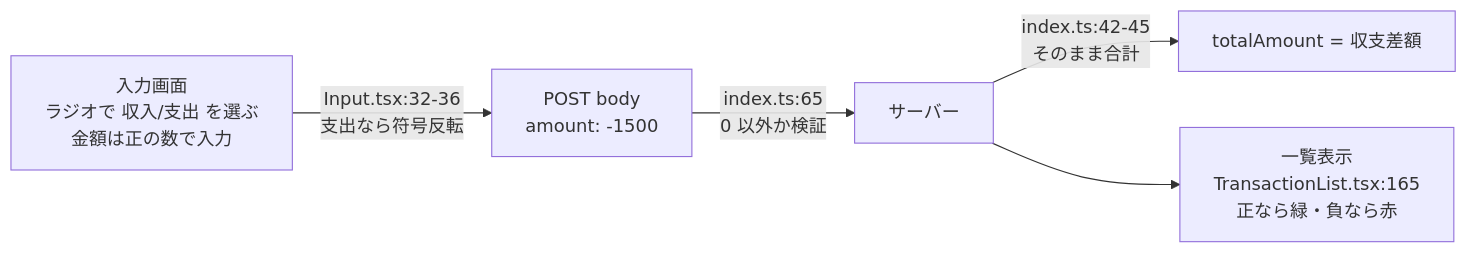
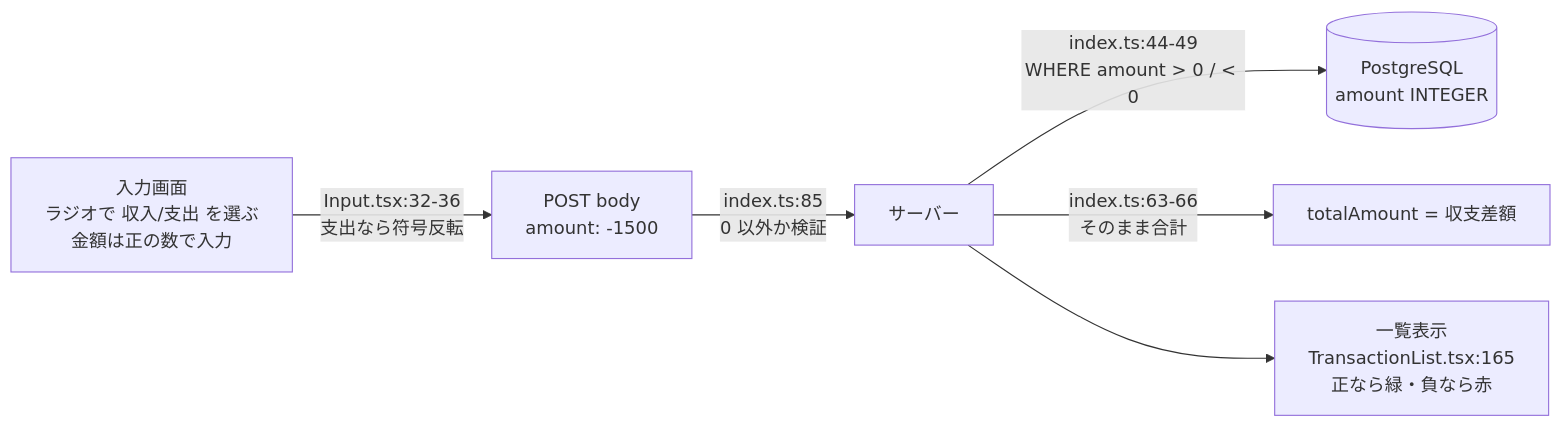
One commit to kota-shiratori/kakeibo-app changed the diagram in study/Architecture/09-domain-modeling-signed-amount.md. Above: the diagram before and after it, drawn with Mermaid. The commit also changed other lines of this file and 123 other files, not shown here.

First line of the commit message:
study: Docker / SQL / PostgreSQL / Database のノートを追加し、既存ノートを現行コードに合わせて更新

````diff
--- a/study/Architecture/09-domain-modeling-signed-amount.md
+++ b/study/Architecture/09-domain-modeling-signed-amount.md
@@ -35,7 +35,8 @@
 ```mermaid
 flowchart LR
   A["入力画面<br/>ラジオで 収入/支出 を選ぶ<br/>金額は正の数で入力"] -->|"Input.tsx:32-36<br/>支出なら符号反転"| B["POST body<br/>amount: -1500"]
-  B -->|"index.ts:65<br/>0 以外か検証"| C["サーバー"]
-  C -->|"index.ts:42-45<br/>そのまま合計"| D["totalAmount = 収支差額"]
+  B -->|"index.ts:85<br/>0 以外か検証"| C["サーバー"]
+  C -->|"index.ts:44-49<br/>WHERE amount > 0 / < 0"| DB[("PostgreSQL<br/>amount INTEGER")]
+  C -->|"index.ts:63-66<br/>そのまま合計"| D["totalAmount = 収支差額"]
   C --> E["一覧表示<br/>TransactionList.tsx:165<br/>正なら緑・負なら赤"]
 ```
````
